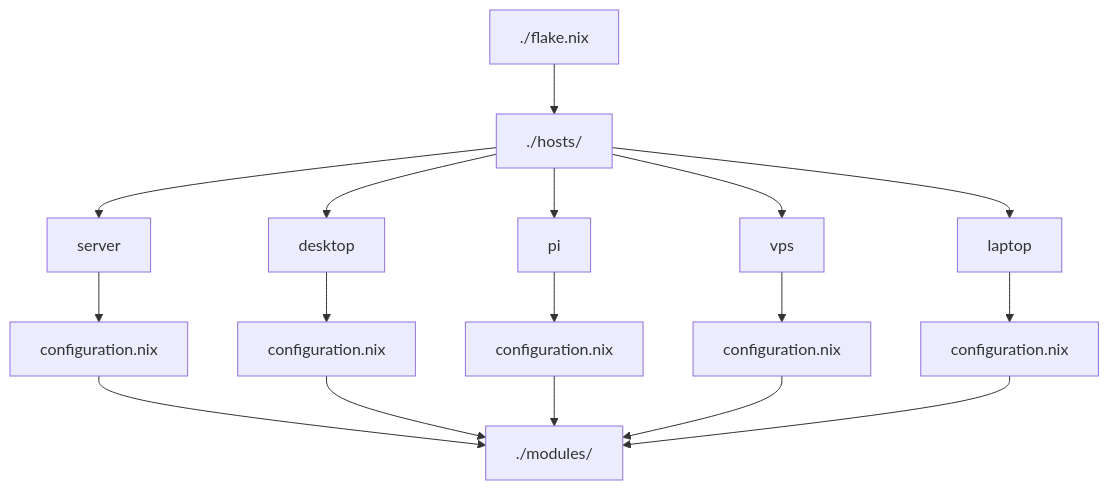
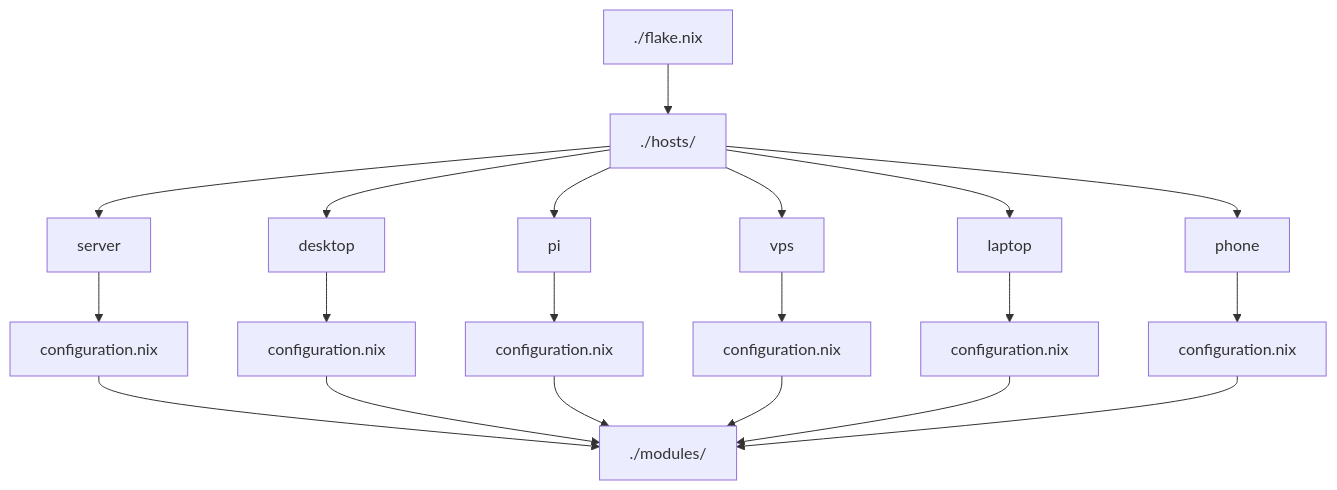
The diagram in README.md (zzzealed/nix-config), drawn with Mermaid before and after one commit.

Commit message:
add phone host

````diff
--- a/README.md
+++ b/README.md
@@ -7,25 +7,28 @@
 ```mermaid
 flowchart TD
     flake["./flake.nix"]
 
     flake --> hosts["./hosts/"]
 
     hosts --> server["server"]
     hosts --> desktop["desktop"]
     hosts --> pi["pi"]
     hosts --> vps["vps"]
     hosts --> laptop["laptop"]
+    hosts --> phone["phone"]
 
     server --> server_cfg["configuration.nix"]
     desktop --> desktop_cfg["configuration.nix"]
     pi --> pi_cfg["configuration.nix"]
     vps --> vps_cfg["configuration.nix"]
     laptop --> laptop_cfg["configuration.nix"]
+    phone --> phone_cfg["configuration.nix"]
 
     server_cfg --> modules["./modules/"]
     desktop_cfg --> modules
     pi_cfg --> modules
     vps_cfg --> modules
     laptop_cfg --> modules
+    phone_cfg --> modules
   
 ```
````
